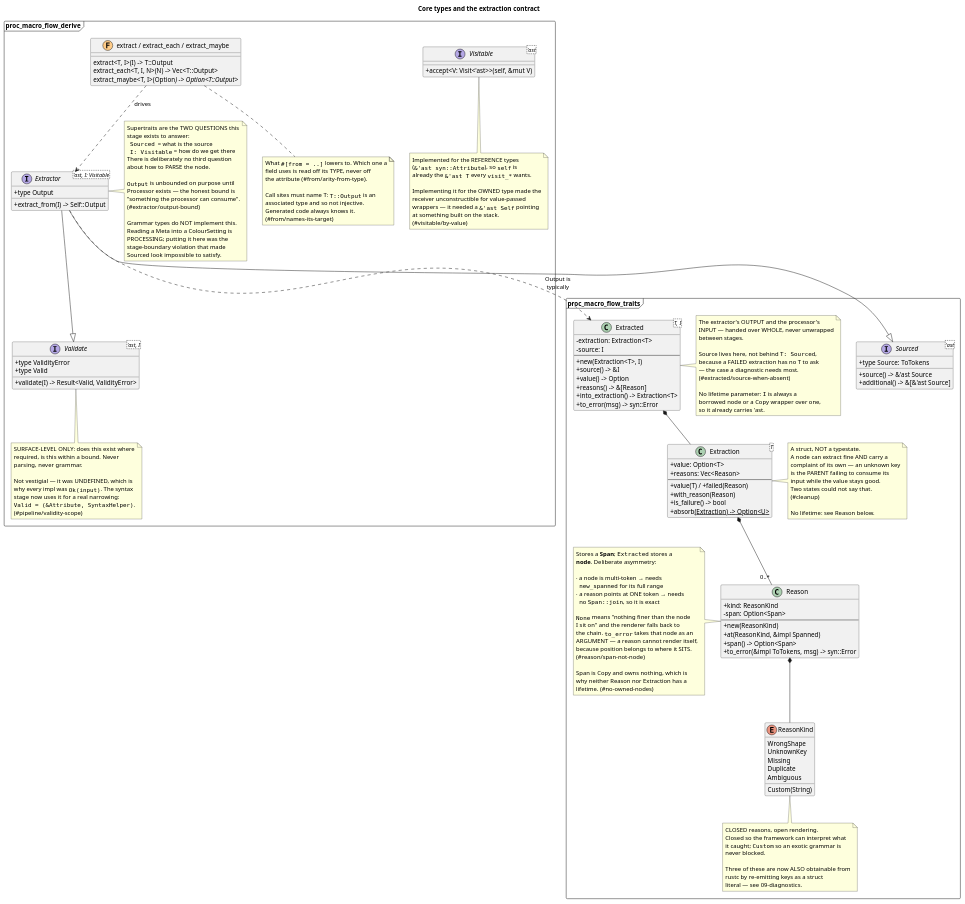
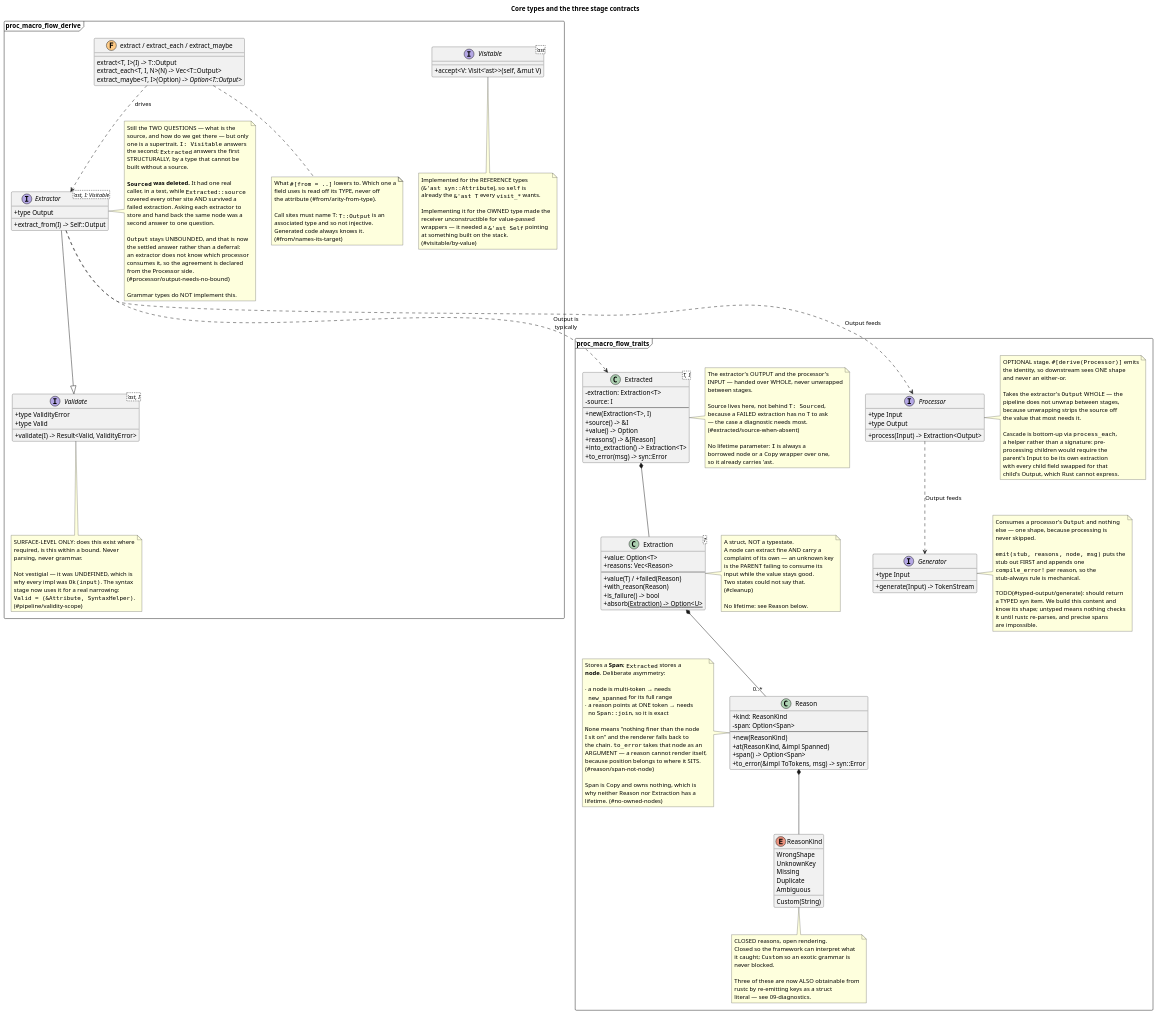
The diagram in docs/design/04-class-core.puml (nzuzomagagula/proc-macro-flow), drawn with PlantUML before and after one commit. The commit also changed 6 other files, not shown here.

```diff
--- a/docs/design/04-class-core.puml
+++ b/docs/design/04-class-core.puml
@@ -1,5 +1,5 @@
 @startuml class-core
-title Core types and the extraction contract
+title Core types and the three stage contracts
 
 skinparam shadowing false
 skinparam classAttributeIconSize 0
@@ -102,11 +102,49 @@
     literal — see 09-diagnostics.
   end note
 
-  interface "Sourced<'ast>" as Sourced {
-    +type Source: ToTokens
-    +source() -> &'ast Source
-    +additional() -> &[&'ast Source]
+  interface Processor {
+    +type Input
+    +type Output
+    +process(Input) -> Extraction<Output>
   }
+  note right of Processor
+    OPTIONAL stage. ""#[derive(Processor)]"" emits
+    the identity, so downstream sees ONE shape
+    and never an either-or.
+
+    Takes the extractor's ""Output"" WHOLE — the
+    pipeline does not unwrap between stages,
+    because unwrapping strips the source off
+    the value that most needs it.
+
+    Cascade is bottom-up via ""process_each"",
+    a helper rather than a signature: pre-
+    processing children would require the
+    parent's Input to be its own extraction
+    with every child field swapped for that
+    child's Output, which Rust cannot express.
+  end note
+
+  interface Generator {
+    +type Input
+    +generate(Input) -> TokenStream
+  }
+  note right of Generator
+    Consumes a processor's ""Output"" and nothing
+    else — one shape, because processing is
+    never skipped.
+
+    ""emit(stub, reasons, node, msg)"" puts the
+    stub out FIRST and appends one
+    ""compile_error!"" per reason, so the
+    stub-always rule is mechanical.
+
+    TODO(#typed-output/generate): should return
+    a TYPED syn item. We build this content and
+    know its shape; untyped means nothing checks
+    it until rustc re-parses, and precise spans
+    are impossible.
+  end note
 }
 
 package proc_macro_flow_derive <<Frame>> {
@@ -116,23 +154,28 @@
     +extract_from(I) -> Self::Output
   }
   note right of Extractor
-    Supertraits are the TWO QUESTIONS this
-    stage exists to answer:
-      ""Sourced""  = what is the source
-      ""I: Visitable"" = how do we get there
-    There is deliberately no third question
-    about how to PARSE the node.
+    Still the TWO QUESTIONS — what is the
+    source, and how do we get there — but only
+    one is a supertrait. ""I: Visitable"" answers
+    the second; ""Extracted"" answers the first
+    STRUCTURALLY, by a type that cannot be
+    built without a source.
 
-    ""Output"" is unbounded on purpose until
-    Processor exists — the honest bound is
-    "something the processor can consume".
-    (#extractor/output-bound)
+    **""Sourced"" was deleted.** It had one real
+    caller, in a test, while ""Extracted::source""
+    covered every other site AND survived a
+    failed extraction. Asking each extractor to
+    store and hand back the same node was a
+    second answer to one question.
+
+    ""Output"" stays UNBOUNDED, and that is now
+    the settled answer rather than a deferral:
+    an extractor does not know which processor
+    consumes it, so the agreement is declared
+    from the Processor side.
+    (#processor/output-needs-no-bound)
 
     Grammar types do NOT implement this.
-    Reading a Meta into a ColourSetting is
-    PROCESSING; putting it here was the
-    stage-boundary violation that made
-    Sourced look impossible to satisfy.
   end note
 
   interface "Validate<'ast, I>" as Validate {
@@ -187,8 +230,9 @@
 Extracted *-- Extraction
 Extraction *-- "0..*" Reason
 Reason *-- ReasonKind
-Extractor --|> Sourced
 Extractor --|> Validate
+Extractor ..> Processor : Output feeds
+Processor ..> Generator : Output feeds
 Extractor ..> Extracted : Output is\ntypically
 FromHelpers ..> Extractor : drives
 
```
